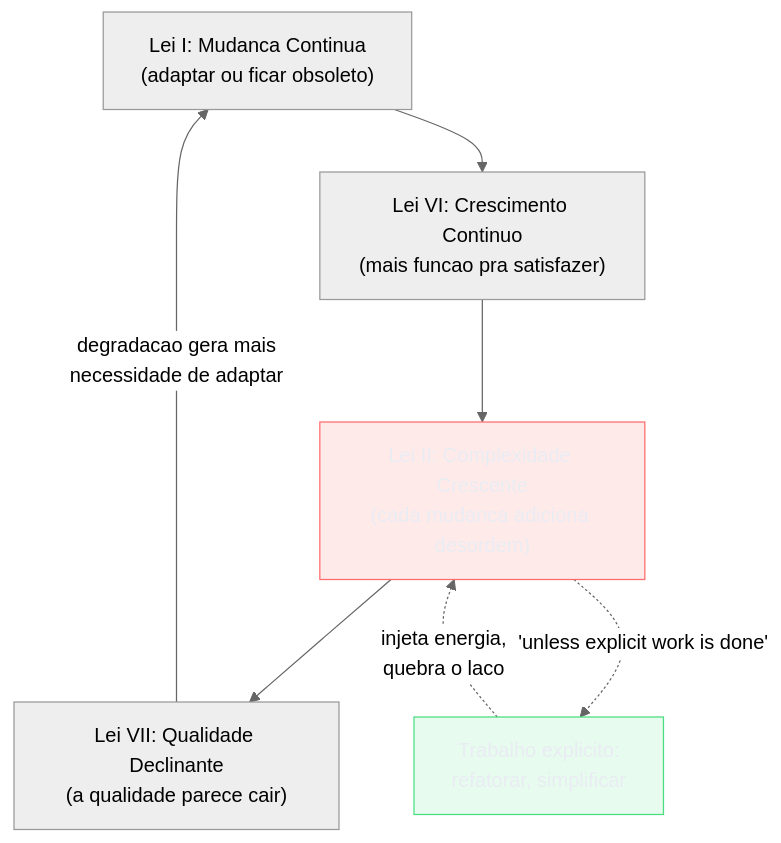
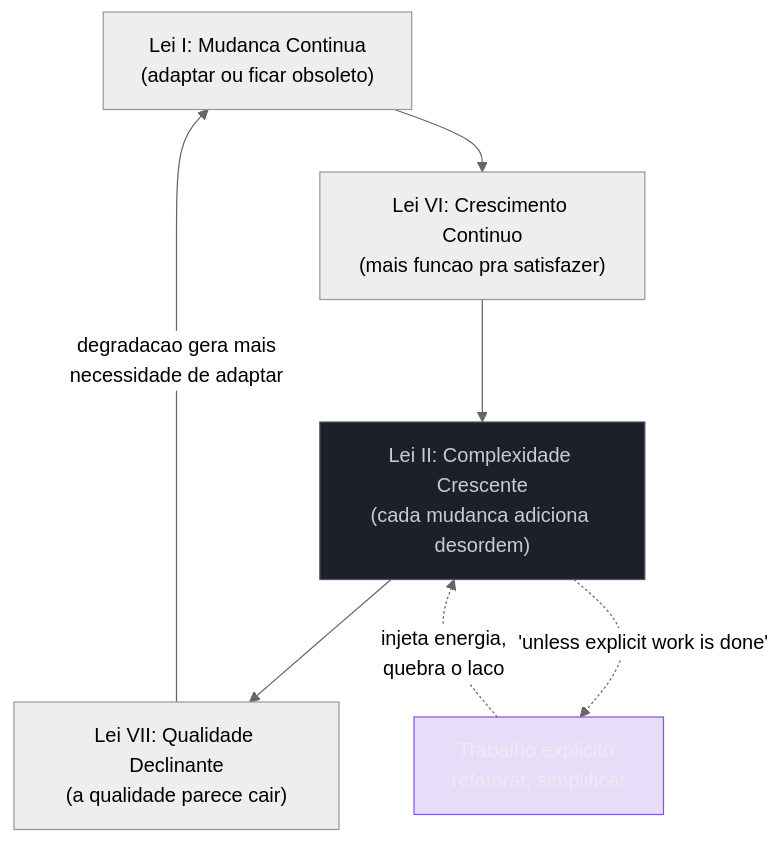
Before and after one commit to josenaldo/codex-technomanticus: the second of 4 diagrams in 03-Dominios/Engenharia/Complexidade de Software/13 - Entropia de software e decaimento.md, drawn with Mermaid (neutral theme). The commit also changed other lines of this file and 601 other files, not shown here.

````diff
--- a/03-Dominios/Engenharia/Complexidade de Software/13 - Entropia de software e decaimento.md
+++ b/03-Dominios/Engenharia/Complexidade de Software/13 - Entropia de software e decaimento.md
@@ -177,14 +178,14 @@
 ```mermaid
 flowchart TD
-    classDef falha fill:#FF6B6B24,stroke:#FF6B6B,color:#E9ECF2
-    classDef ok fill:#4ADE8021,stroke:#4ADE80,color:#E9ECF2
+    classDef marca fill:#8855DF33,stroke:#8855DF,color:#E9ECF2
+    classDef neutro fill:#1B2029,stroke:#4E5666,color:#C6CCD8
     I["Lei I: Mudanca Continua<br/>(adaptar ou ficar obsoleto)"] --> VI["Lei VI: Crescimento Continuo<br/>(mais funcao pra satisfazer)"]
     VI --> II["Lei II: Complexidade Crescente<br/>(cada mudanca adiciona desordem)"]
     II --> VII["Lei VII: Qualidade Declinante<br/>(a qualidade parece cair)"]
     VII -->|degradacao gera mais<br/>necessidade de adaptar| I
     II -.->|'unless explicit work is done'| E["Trabalho explicito:<br/>refatorar, simplificar"]
     E -.->|injeta energia,<br/>quebra o laco| II
 
-    class II falha
-    class E ok
+    class II neutro
+    class E marca
 ```
````
